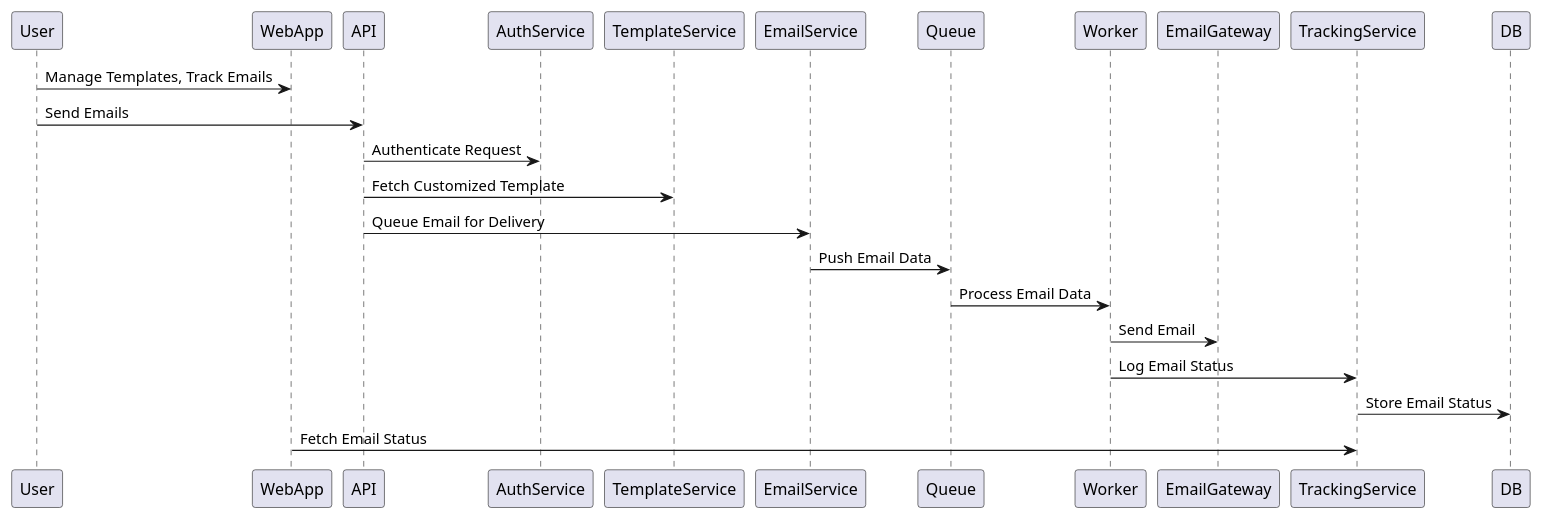
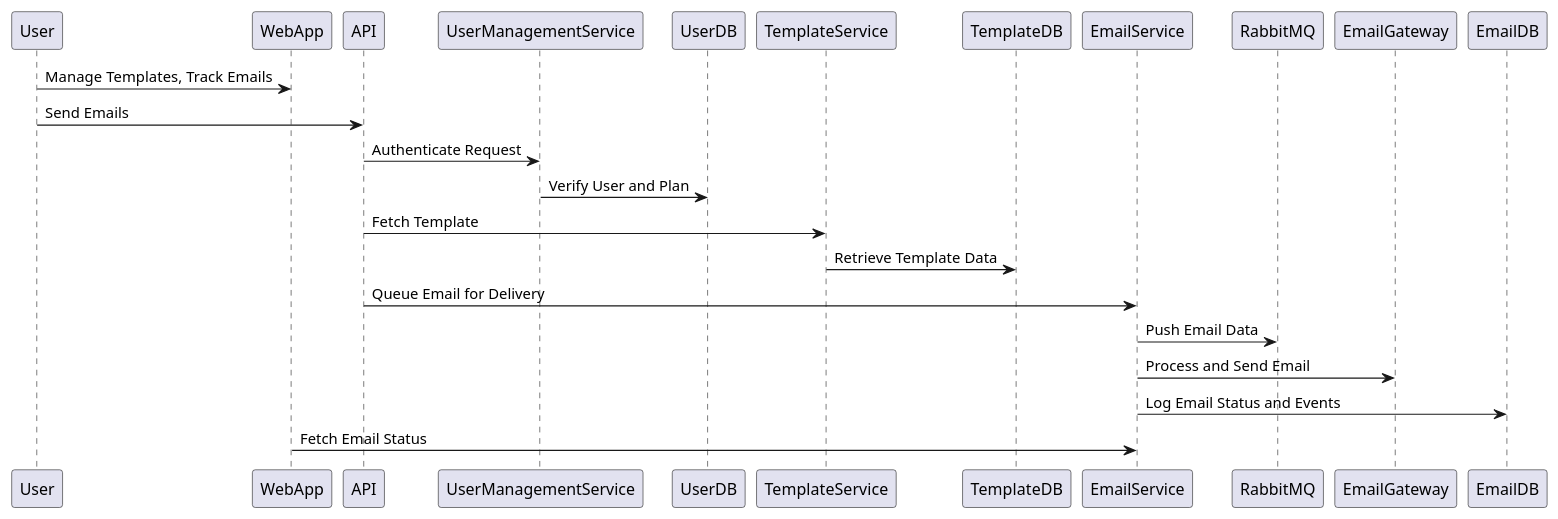
One commit to VikashChauhan51/system-design changed the diagram in docs/High Level System Design/Email Service/doc.md. Above: the diagram before and after it, drawn with PlantUML. The commit also changed other lines of this file and 8 other files, not shown here.

Commit message:
completed email service design

````diff
--- a/docs/High Level System Design/Email Service/doc.md
+++ b/docs/High Level System Design/Email Service/doc.md
@@ -74,19 +45,23 @@
 ```plantuml
 @startuml
 skinparam componentStyle rectangle
 
 User -> WebApp : Manage Templates, Track Emails
 User -> API : Send Emails
 
-API -> AuthService : Authenticate Request
-API -> TemplateService : Fetch Customized Template
+API -> UserManagementService : Authenticate Request
+UserManagementService -> UserDB : Verify User and Plan
+
+API -> TemplateService : Fetch Template
+TemplateService -> TemplateDB : Retrieve Template Data
+
 API -> EmailService : Queue Email for Delivery
-EmailService -> Queue : Push Email Data
-Queue -> Worker : Process Email Data
-Worker -> EmailGateway : Send Email
-Worker -> TrackingService : Log Email Status
+EmailService -> RabbitMQ : Push Email Data
 
-TrackingService -> DB : Store Email Status
-WebApp -> TrackingService : Fetch Email Status
+EmailService -> EmailGateway : Process and Send Email
+EmailService -> EmailDB : Log Email Status and Events
+
+WebApp -> EmailService : Fetch Email Status
+
 @enduml
 ```
````
